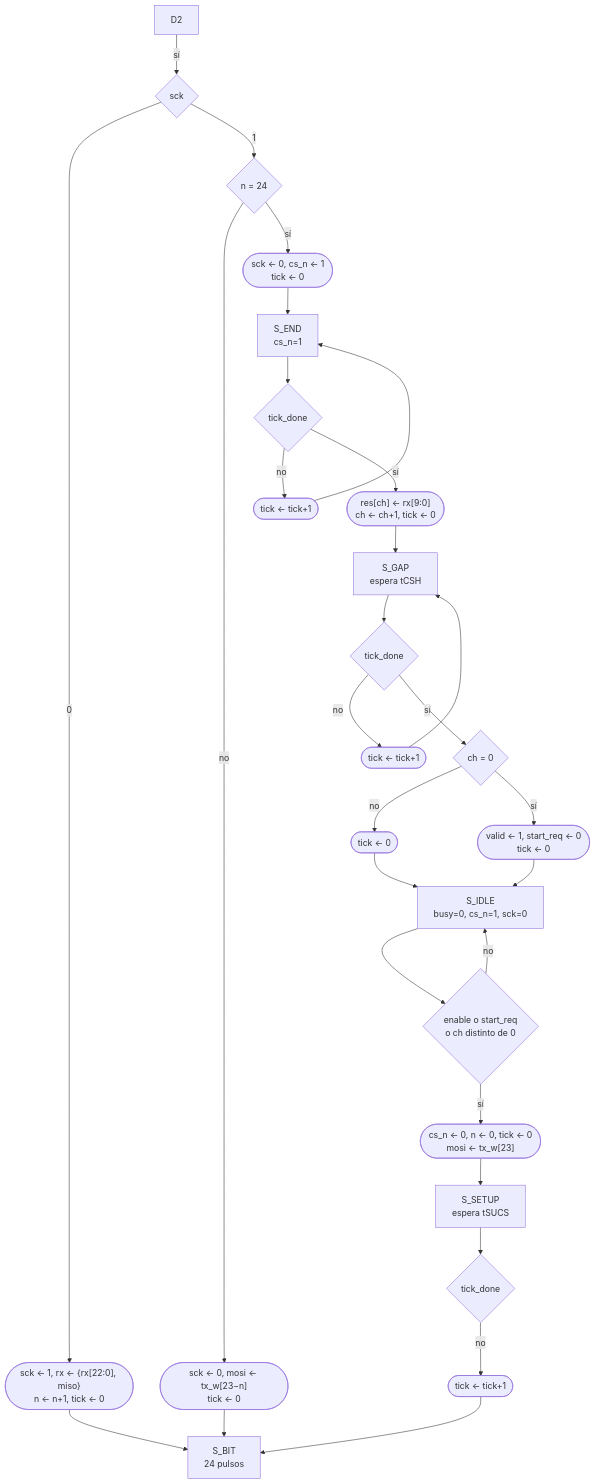
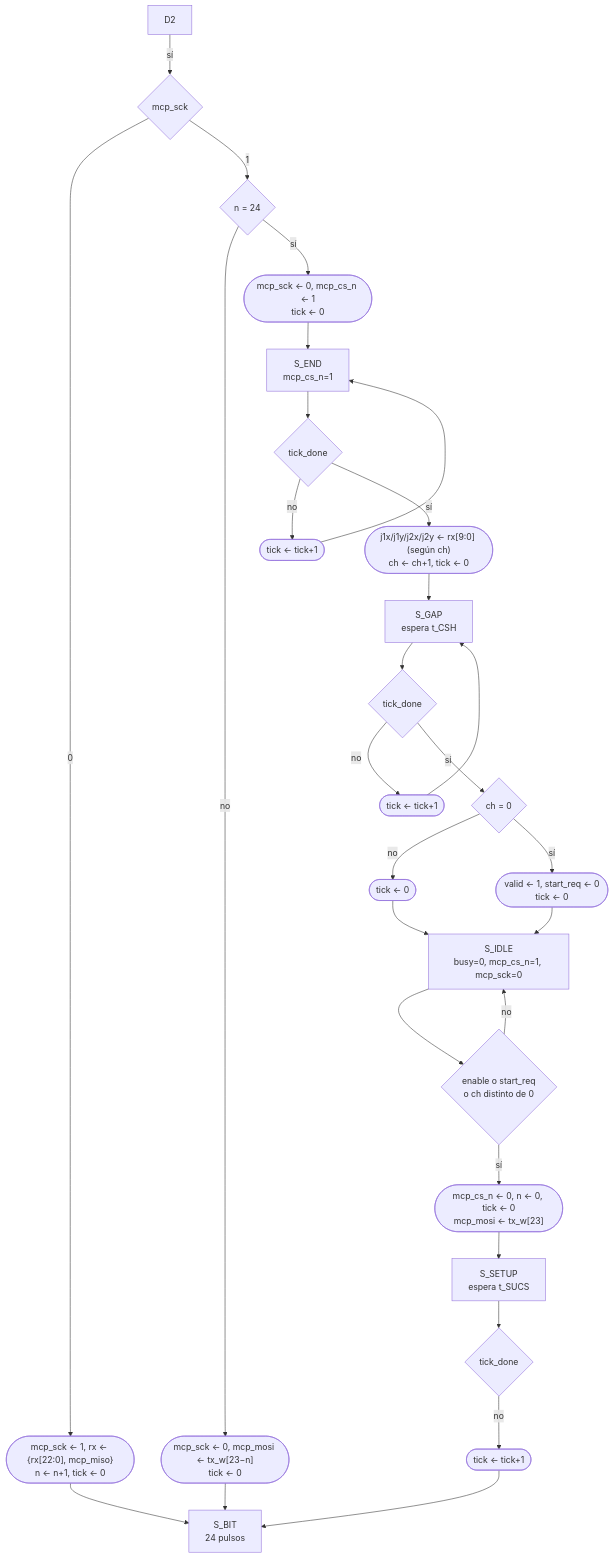
Before and after one commit to wwilchesc/Proyecto-Final-Digital-Grupo-10: the diagram in grupo2-joystick/README.md, drawn with Mermaid. The commit also changed other lines of this file, not shown here.

````diff
--- a/grupo2-joystick/README.md
+++ b/grupo2-joystick/README.md
@@ -381,26 +381,26 @@
 ```mermaid
 flowchart TD
-    S0["S_IDLE<br/>busy=0, cs_n=1, sck=0"]
-    S1["S_SETUP<br/>espera tSUCS"]
+    S0["S_IDLE<br/>busy=0, mcp_cs_n=1, mcp_sck=0"]
+    S1["S_SETUP<br/>espera t_SUCS"]
     S2["S_BIT<br/>24 pulsos"]
-    S3["S_END<br/>cs_n=1"]
-    S4["S_GAP<br/>espera tCSH"]
+    S3["S_END<br/>mcp_cs_n=1"]
+    S4["S_GAP<br/>espera t_CSH"]
     S0 --> D0{"enable o start_req<br/>o ch distinto de 0"}
     D0 -- no --> S0
-    D0 -- sí --> O0(["cs_n ← 0, n ← 0, tick ← 0<br/>mosi ← tx_w[23]"]) --> S1
+    D0 -- sí --> O0(["mcp_cs_n ← 0, n ← 0, tick ← 0<br/>mcp_mosi ← tx_w[23]"]) --> S1
     S1 --> D1{"tick_done"}
     D1 -- no --> O3(["tick ← tick+1"]) --> S2
-    D2 -- sí --> D3{"sck"}
-    D3 -- 0 --> O4(["sck ← 1, rx ← {rx[22:0], miso}<br/>n ← n+1, tick ← 0"]) --> S2
+    D2 -- sí --> D3{"mcp_sck"}
+    D3 -- 0 --> O4(["mcp_sck ← 1, rx ← {rx[22:0], mcp_miso}<br/>n ← n+1, tick ← 0"]) --> S2
     D3 -- 1 --> D4{"n = 24"}
-    D4 -- no --> O5(["sck ← 0, mosi ← tx_w[23−n]<br/>tick ← 0"]) --> S2
-    D4 -- sí --> O6(["sck ← 0, cs_n ← 1<br/>tick ← 0"]) --> S3
+    D4 -- no --> O5(["mcp_sck ← 0, mcp_mosi ← tx_w[23−n]<br/>tick ← 0"]) --> S2
+    D4 -- sí --> O6(["mcp_sck ← 0, mcp_cs_n ← 1<br/>tick ← 0"]) --> S3
     S3 --> D5{"tick_done"}
     D5 -- no --> O7(["tick ← tick+1"]) --> S3
-    D5 -- sí --> O8(["res[ch] ← rx[9:0]<br/>ch ← ch+1, tick ← 0"]) --> S4
+    D5 -- sí --> O8(["j1x/j1y/j2x/j2y ← rx[9:0] (según ch)<br/>ch ← ch+1, tick ← 0"]) --> S4
     S4 --> D6{"tick_done"}
     D6 -- no --> O9(["tick ← tick+1"]) --> S4
     D6 -- sí --> D7{"ch = 0"}
     D7 -- no --> O10(["tick ← 0"]) --> S0
     D7 -- sí --> O11(["valid ← 1, start_req ← 0<br/>tick ← 0"]) --> S0
  ```
````
